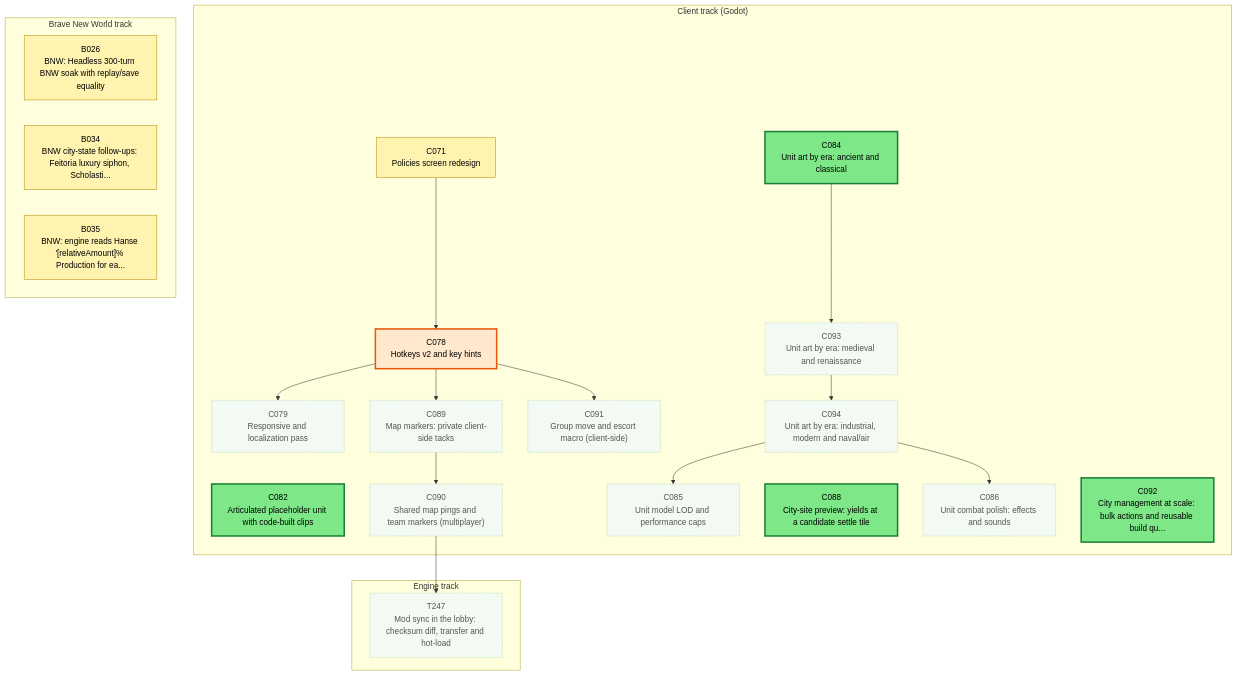
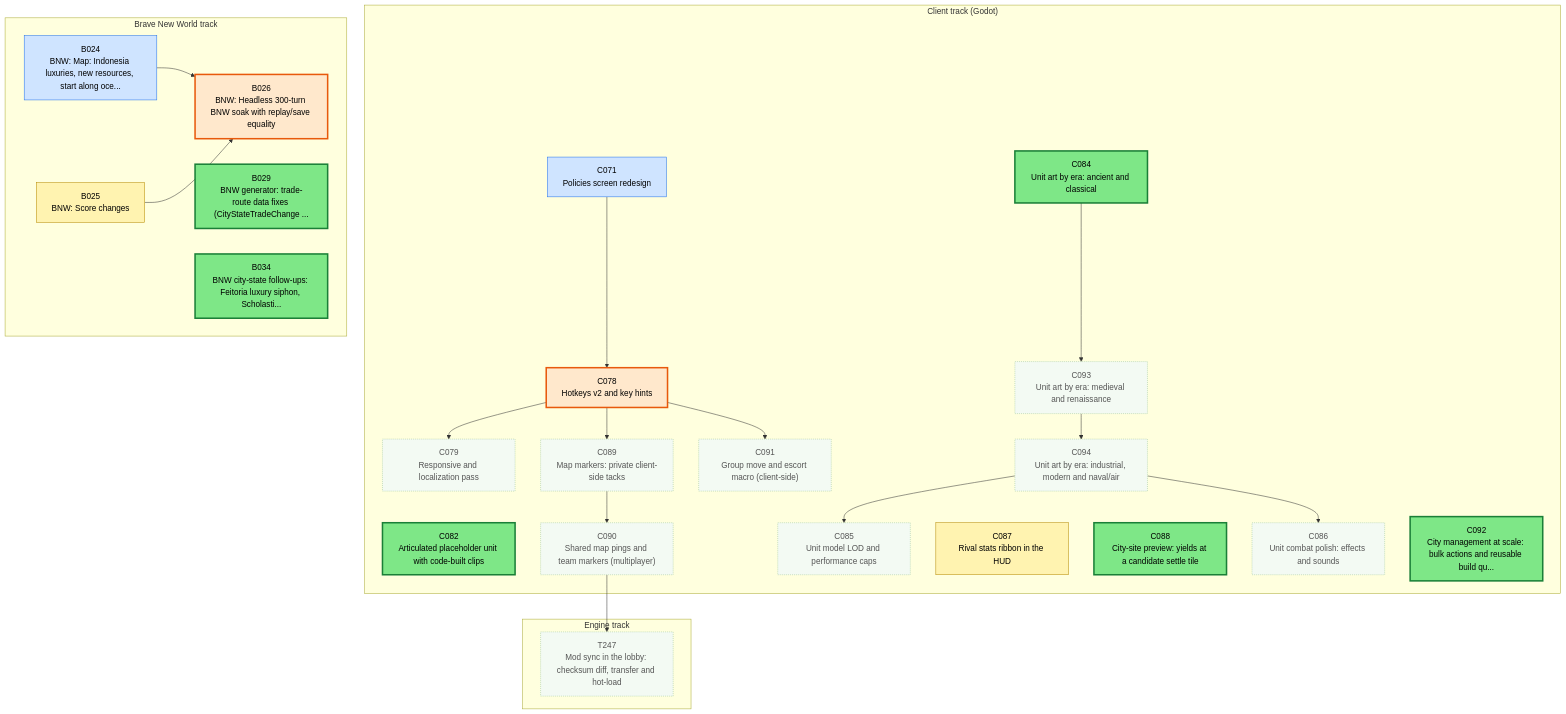
One commit to Kenmura/Unciv changed the first of 3 diagrams in csharp/migration/DEPENDENCY_MAP.md. Above: the diagram before and after it, drawn with Mermaid. The commit also changed other lines of this file and 21 other files, not shown here.

````diff
--- a/csharp/migration/DEPENDENCY_MAP.md
+++ b/csharp/migration/DEPENDENCY_MAP.md
@@ -25,62 +25,70 @@
 ```mermaid
 flowchart TD
   subgraph TTRACK["Engine track"]
     T247["T247<br/>Mod sync in the lobby: checksum diff, transfer and hot-load"]
   end
   subgraph CTRACK["Client track (Godot)"]
     C071["C071<br/>Policies screen redesign"]
     C078["C078<br/>Hotkeys v2 and key hints"]
     C079["C079<br/>Responsive and localization pass"]
     C082["C082<br/>Articulated placeholder unit with code-built clips"]
     C084["C084<br/>Unit art by era: ancient and classical"]
     C085["C085<br/>Unit model LOD and performance caps"]
     C086["C086<br/>Unit combat polish: effects and sounds"]
+    C087["C087<br/>Rival stats ribbon in the HUD"]
     C088["C088<br/>City-site preview: yields at a candidate settle tile"]
     C089["C089<br/>Map markers: private client-side tacks"]
     C090["C090<br/>Shared map pings and team markers (multiplayer)"]
     C091["C091<br/>Group move and escort macro (client-side)"]
     C092["C092<br/>City management at scale: bulk actions and reusable build qu..."]
     C093["C093<br/>Unit art by era: medieval and renaissance"]
     C094["C094<br/>Unit art by era: industrial, modern and naval/air"]
   end
   subgraph BTRACK["Brave New World track"]
+    B024["B024<br/>BNW: Map: Indonesia luxuries, new resources, start along oce..."]
+    B025["B025<br/>BNW: Score changes"]
     B026["B026<br/>BNW: Headless 300-turn BNW soak with replay/save equality"]
+    B029["B029<br/>BNW generator: trade-route data fixes (CityStateTradeChange ..."]
     B034["B034<br/>BNW city-state follow-ups: Feitoria luxury siphon, Scholasti..."]
-    B035["B035<br/>BNW: engine reads Hanse '[relativeAmount]% Production for ea..."]
   end
   C090 --> T247
   C071 --> C078
   C078 --> C079
   C094 --> C085
   C094 --> C086
   C078 --> C089
   C089 --> C090
   C078 --> C091
   C084 --> C093
   C093 --> C094
+  B024 --> B026
+  B025 --> B026
   classDef waiting fill:#f3faf3,stroke:#9bc49b,color:#555,stroke-dasharray:2 2
   classDef ondeck fill:#ffe8cc,stroke:#e8590c,stroke-width:3px,color:#000
   classDef ready fill:#7ee787,stroke:#1a7f37,stroke-width:3px,color:#000
   classDef prog fill:#fff3b0,stroke:#b58900,color:#000
   classDef review fill:#cfe4ff,stroke:#1f6feb,color:#000
   classDef blocked fill:#ffd6d6,stroke:#c62828,color:#000
   classDef done fill:#eeeeee,stroke:#999999,color:#666,stroke-dasharray:4 3
-  class B026 prog
-  class B034 prog
-  class B035 prog
-  class C071 prog
+  class B024 review
+  class B025 prog
+  class B026 ondeck
+  class B029 ready
+  class B034 ready
+  class C071 review
   class C078 ondeck
   class C079 waiting
   class C082 ready
   class C084 ready
   class C085 waiting
   class C086 waiting
+  class C087 prog
   class C088 ready
   class C089 waiting
   class C090 waiting
   class C091 waiting
   class C092 ready
   class C093 waiting
   class C094 waiting
   class T247 waiting
 ```
````
